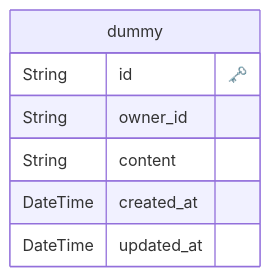
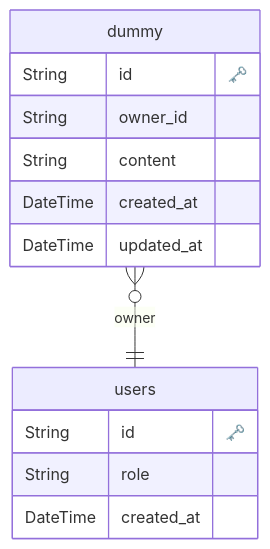
The diagram in docs/er-diagram.md (Hitamuki/study-web-modern-stack), drawn with Mermaid before and after one commit. The commit also changed 14 other files, not shown here.

````diff
--- a/docs/er-diagram.md
+++ b/docs/er-diagram.md
@@ -1,12 +1,20 @@
 ```mermaid
 erDiagram
+
+  "users" {
+    String id "🗝️"
+    String role 
+    DateTime created_at 
+    }
+  
 
   "dummy" {
     String id "🗝️"
     String owner_id 
     String content 
     DateTime created_at 
     DateTime updated_at 
     }
   
+    "dummy" }o--|| "users" : "owner"
 ```
````
